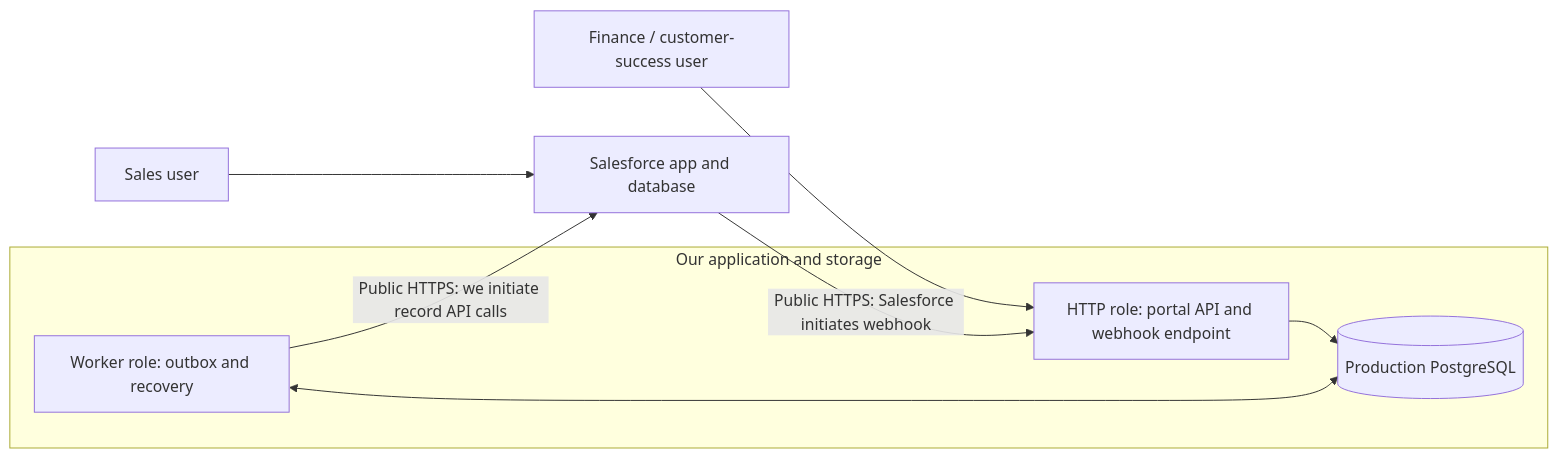
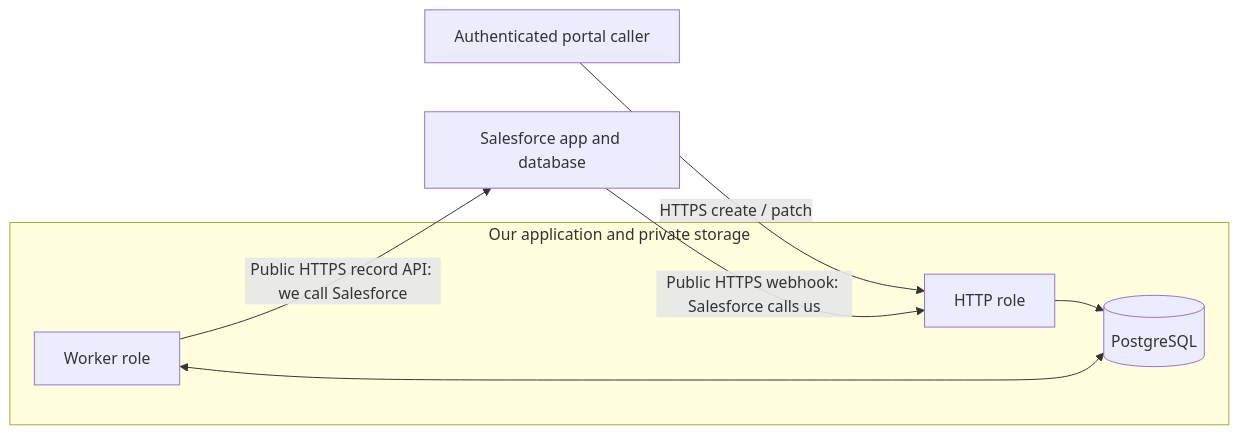
The diagram in docs/design.md (Yash-Pratapwar/bidirectional-crm-sync), drawn with Mermaid before and after one commit. The commit also changed other lines of this file and 4 other files, not shown here.

````diff
--- a/docs/design.md
+++ b/docs/design.md
@@ -30,11 +26,10 @@
 ```mermaid
 flowchart LR
-  Sales[Sales user] --> SF[Salesforce app and database]
-  Staff[Finance / customer-success user] --> HTTP
-  subgraph Ours[Our application and storage]
-    HTTP[HTTP role: portal API and webhook endpoint] --> DB[(Production PostgreSQL)]
-    Worker[Worker role: outbox and recovery] <--> DB
+  Staff[Authenticated portal caller] -->|HTTPS create / patch| HTTP
+  SF[Salesforce app and database] -->|Public HTTPS webhook: Salesforce calls us| HTTP
+  subgraph Ours[Our application and private storage]
+    HTTP[HTTP role] --> DB[(PostgreSQL)]
+    Worker[Worker role] <--> DB
   end
-  SF -->|Public HTTPS: Salesforce initiates webhook| HTTP
-  Worker -->|Public HTTPS: we initiate record API calls| SF
+  Worker -->|Public HTTPS record API: we call Salesforce| SF
 ```
````
